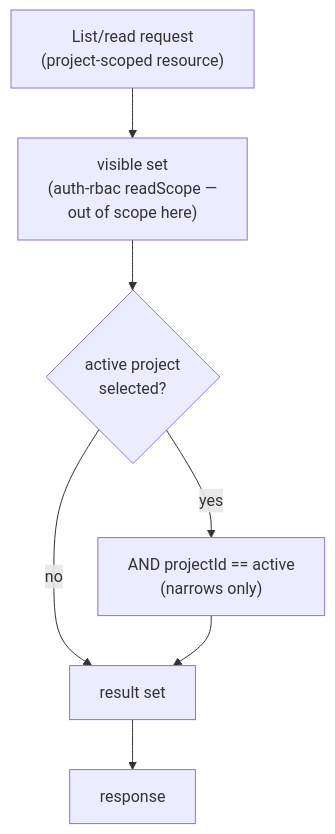
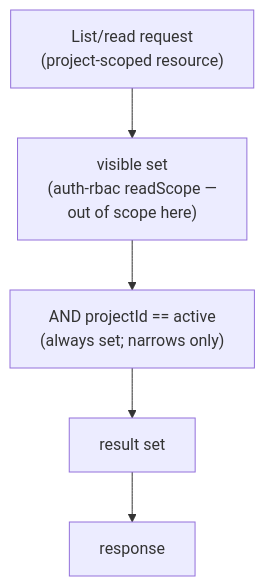
The second of 3 diagrams in docs/architecture/data-organization.md (Gile987/scope), drawn with Mermaid before and after one commit. The commit also changed other lines of this file, not shown here.

First line of the commit message:
docs: mandatory active project + immutable projectId

````diff
--- a/docs/architecture/data-organization.md
+++ b/docs/architecture/data-organization.md
@@ -288,9 +291,7 @@
 ```mermaid
 flowchart TB
     Q["List/read request<br/>(project-scoped resource)"] --> V["visible set<br/>(auth-rbac readScope —<br/>out of scope here)"]
-    V --> C{"active project<br/>selected?"}
-    C -- yes --> N["AND projectId == active<br/>(narrows only)"]
-    C -- no --> R["result set"]
-    N --> R
+    V --> N["AND projectId == active<br/>(always set; narrows only)"]
+    N --> R["result set"]
     R --> OUT["response"]
 ```
````
